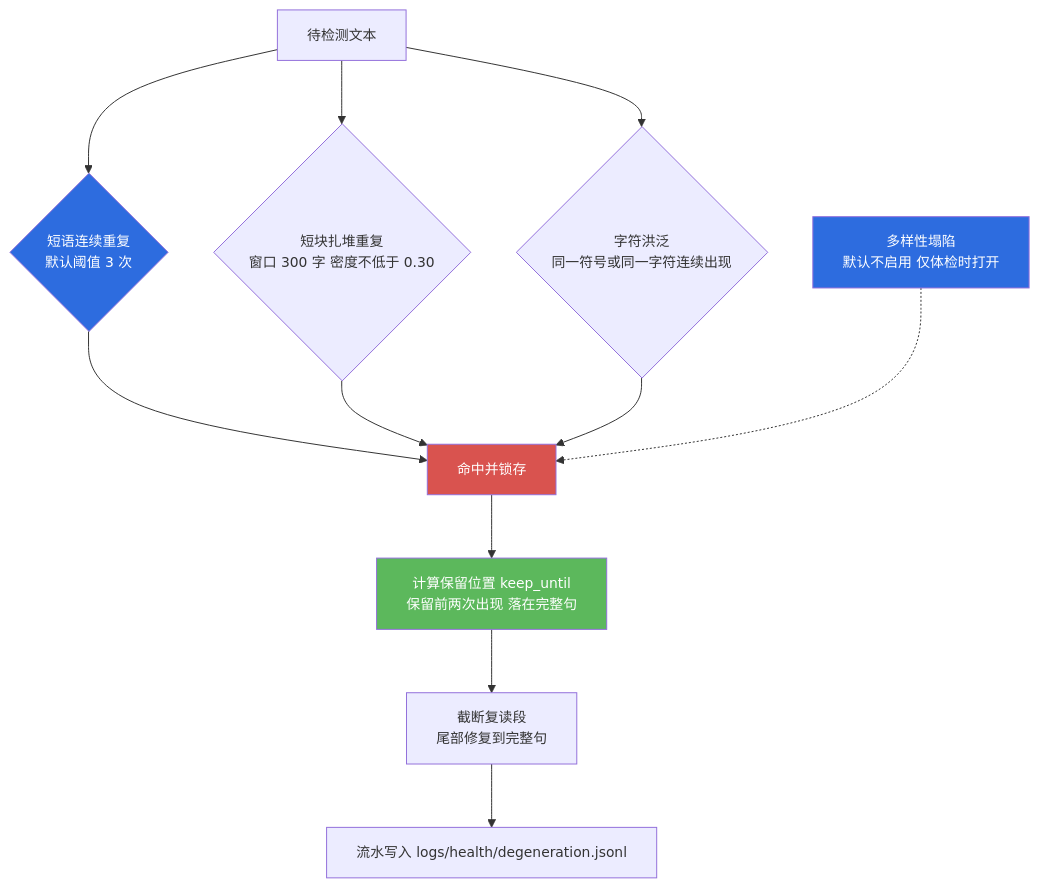
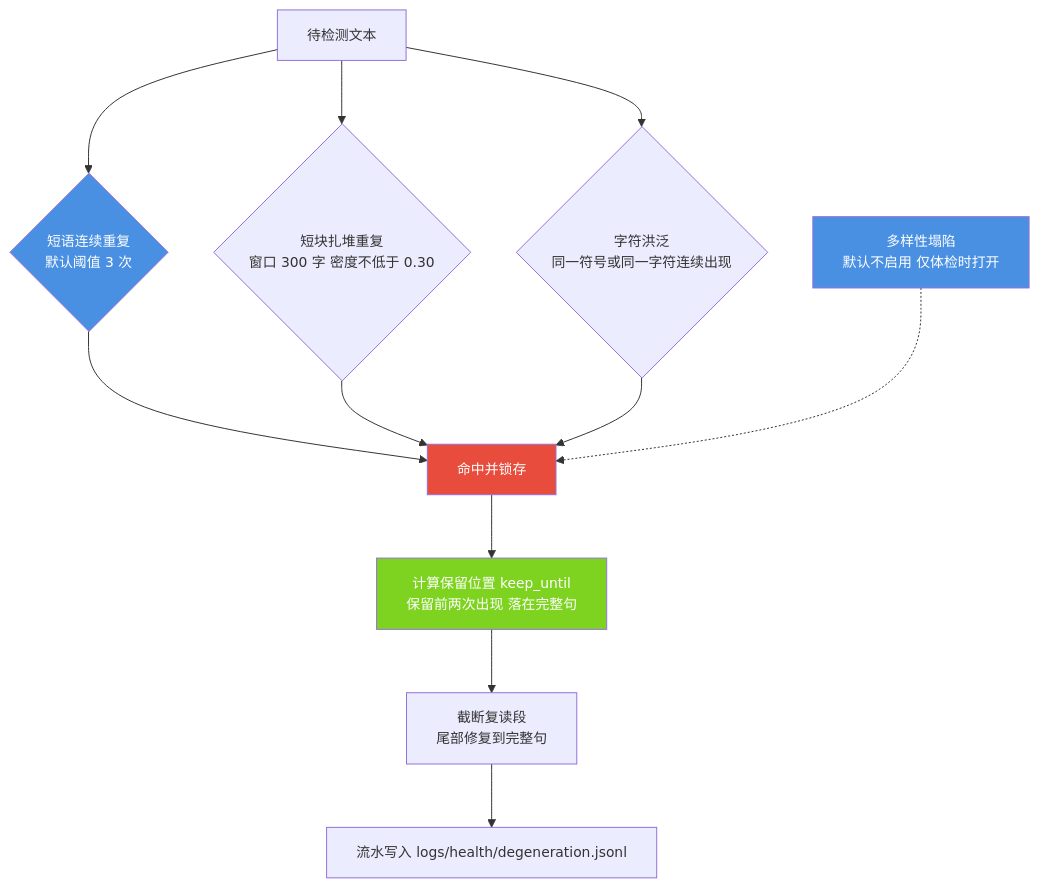
Before and after one commit to jiangchuangege/xiaojiao-harnees: the third of 7 diagrams in docs/modules/04-health.md, drawn with Mermaid. The commit also changed other lines of this file and 32 other files, not shown here.

Commit message:
统一：全仓原理图配色到一套调色板 + 给 12 张灰图补色 + 修正自己会睡那张过期图

````diff
--- a/docs/modules/04-health.md
+++ b/docs/modules/04-health.md
@@ -221,19 +221,19 @@
 ```mermaid
 %%{init: {"themeVariables": {"fontSize": "14px"}, "flowchart": {"htmlLabels": true, "wrappingWidth": 340, "nodeSpacing": 46, "rankSpacing": 64, "useMaxWidth": true}}}%%
 flowchart TB
     T["待检测文本"] --> P1{"短语连续重复<br/>默认阈值 3 次"}
     T --> P2{"短块扎堆重复<br/>窗口 300 字 密度不低于 0.30"}
     T --> P3{"字符洪泛<br/>同一符号或同一字符连续出现"}
     P1 --> HIT["命中并锁存"]
     P2 --> HIT
     P3 --> HIT
     P4["多样性塌陷<br/>默认不启用 仅体检时打开"] -.-> HIT
     HIT --> KU["计算保留位置 keep_until<br/>保留前两次出现 落在完整句"]
     KU --> TR["截断复读段<br/>尾部修复到完整句"]
     TR --> LOG["流水写入 logs/health/degeneration.jsonl"]
 
-    style P1 fill:#2d6cdf,color:#fff
-    style HIT fill:#d9534f,color:#fff
-    style KU fill:#5cb85c,color:#fff
-    style P4 fill:#2d6cdf,color:#fff
+    style P1 fill:#4A90E2,color:#fff
+    style HIT fill:#E74C3C,color:#fff
+    style KU fill:#7ED321,color:#fff
+    style P4 fill:#4A90E2,color:#fff
 ```
````
